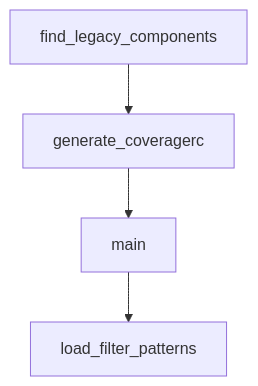
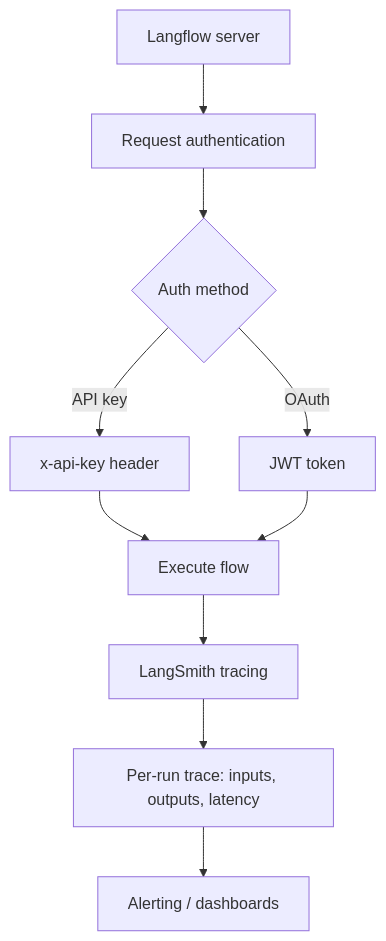
Before and after one commit to johnxie/awesome-code-docs: the diagram in tutorials/langflow-tutorial/06-observability-and-security.md, drawn with Mermaid. The commit also changed other lines of this file and 1232 other files, not shown here.

````diff
--- a/tutorials/langflow-tutorial/06-observability-and-security.md
+++ b/tutorials/langflow-tutorial/06-observability-and-security.md
@@ -214,10 +45,12 @@
 ```mermaid
 flowchart TD
-    A[find_legacy_components]
-    B[generate_coveragerc]
-    C[main]
-    D[load_filter_patterns]
-    A --> B
-    B --> C
-    C --> D
+    A[Langflow server] --> B[Request authentication]
+    B --> C{Auth method}
+    C -->|API key| D[x-api-key header]
+    C -->|OAuth| E[JWT token]
+    D --> F[Execute flow]
+    E --> F
+    F --> G[LangSmith tracing]
+    G --> H[Per-run trace: inputs, outputs, latency]
+    H --> I[Alerting / dashboards]
 ```
````
